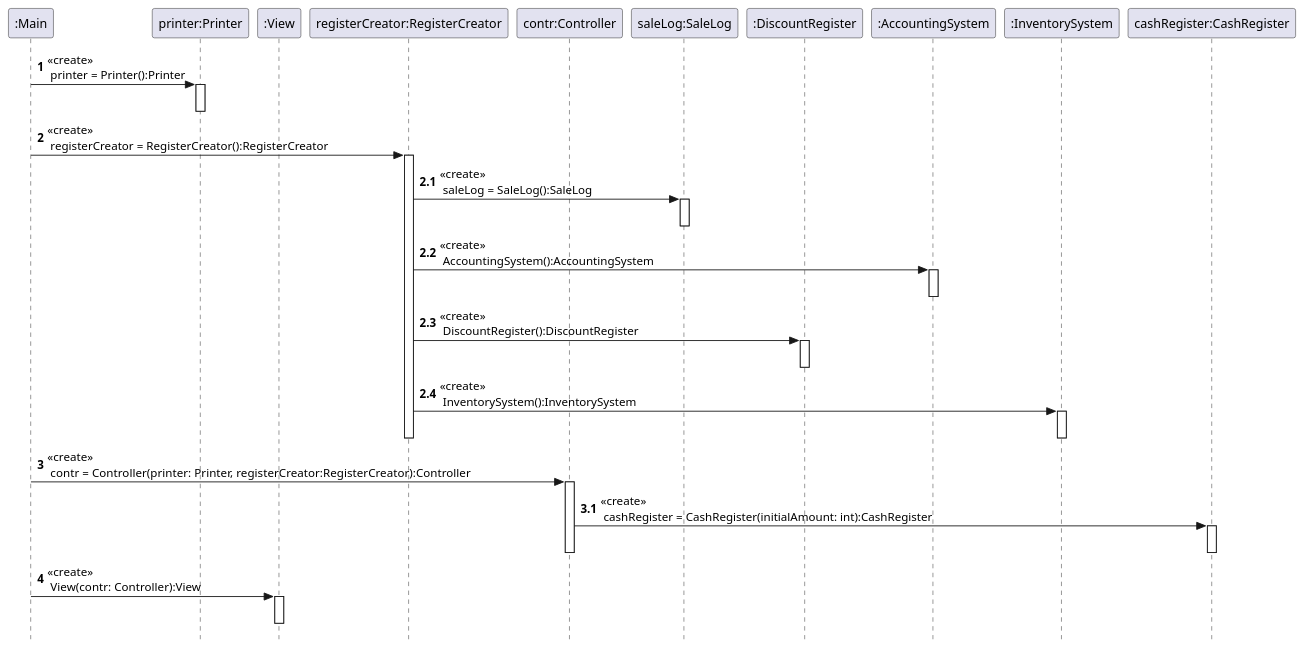
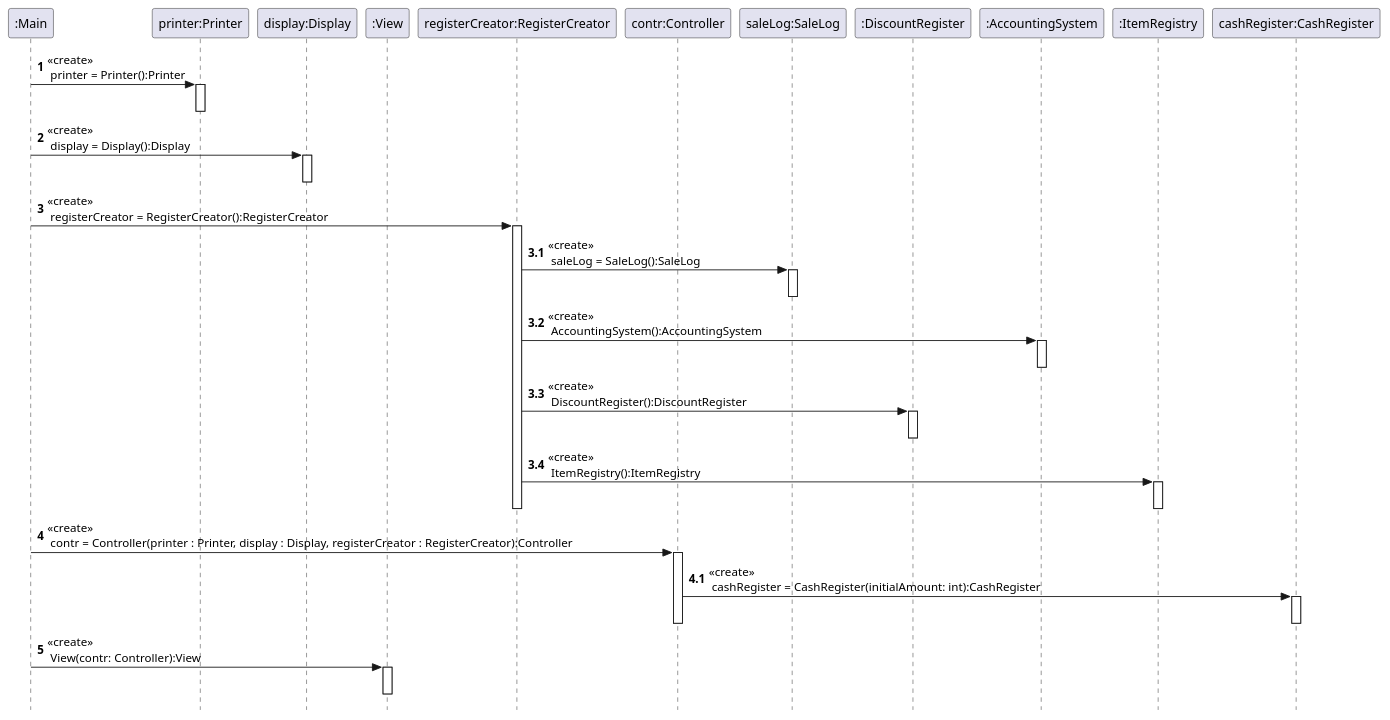
One commit to VincentFerrigan/kth-iv1350-object-oriented-design changed the third of 8 diagrams in uml/uml_v3.puml. Above: the diagram before and after it, drawn with PlantUML. The commit also changed other lines of this file, not shown here.

Commit message:
Updating uml. Not fully updated yet. What to do with SaleDTO? TODO: package privates and end of sale.

```diff
--- a/uml/uml_v3.puml
+++ b/uml/uml_v3.puml
@@ -238,66 +245,72 @@
 @startuml
 skinparam style strictuml
 participant ":Main" as Main
 participant "printer:Printer" as printer
+participant "display:Display" as display
 participant ":View" as View
 participant "registerCreator:RegisterCreator" as registerCreator
 participant "contr:Controller" as contr
 participant "saleLog:SaleLog" as saleLog
 participant ":DiscountRegister" as DiscountRegister
 participant ":AccountingSystem" as AccountingSystem
-participant ":InventorySystem" as InventorySystem
+participant ":ItemRegistry" as ItemRegistry
 participant "cashRegister:CashRegister" as cashRegister
 ' user -> Main: main()
 ' create Printer
 autonumber 1
 Main -> printer : <<create>>\n printer = Printer():Printer
 activate printer
 deactivate printer
 
 autonumber 2
+Main -> display : <<create>>\n display = Display():Display
+activate display
+deactivate display
+
+autonumber 3
 Main -> registerCreator : <<create>>\n registerCreator = RegisterCreator():RegisterCreator
 activate registerCreator
 
-autonumber 2.1
+autonumber 3.1
 registerCreator -> saleLog : <<create>>\n saleLog = SaleLog():SaleLog
 activate saleLog
 deactivate saleLog
 
 ' create AccountingSystem
-autonumber 2.2
+autonumber 3.2
 registerCreator -> AccountingSystem : <<create>>\n AccountingSystem():AccountingSystem
 activate AccountingSystem
 deactivate AccountingSystem
 
 ' create DiscountRegister
-autonumber 2.3
+autonumber 3.3
 registerCreator -> DiscountRegister : <<create>>\n DiscountRegister():DiscountRegister
 activate DiscountRegister
 deactivate DiscountRegister
 
-' create InventorySystem
-autonumber 2.4
-registerCreator -> InventorySystem: <<create>>\n InventorySystem():InventorySystem
-activate InventorySystem
-deactivate InventorySystem
+' create ItemRegistry
+autonumber 3.4
+registerCreator -> ItemRegistry: <<create>>\n ItemRegistry():ItemRegistry
+activate ItemRegistry
+deactivate ItemRegistry
 deactivate registerCreator
 
-autonumber 3
+autonumber 4
 ' create contr
-Main -> contr : <<create>>\n contr = Controller(printer: Printer, registerCreator:RegisterCreator):Controller
+Main -> contr : <<create>>\n contr = Controller(printer : Printer, display : Display, registerCreator : RegisterCreator):Controller
 activate contr
 
 ' create CashRegister
-autonumber 3.1
+autonumber 4.1
 contr -> cashRegister : <<create>>\n cashRegister = CashRegister(initialAmount: int):CashRegister
 activate cashRegister
 deactivate cashRegister
 
 deactivate contr
 
 ' create View
-autonumber 4
+autonumber 5
 Main -> View : <<create>>\n View(contr: Controller):View
 activate View
 deactivate View
 @enduml
```
